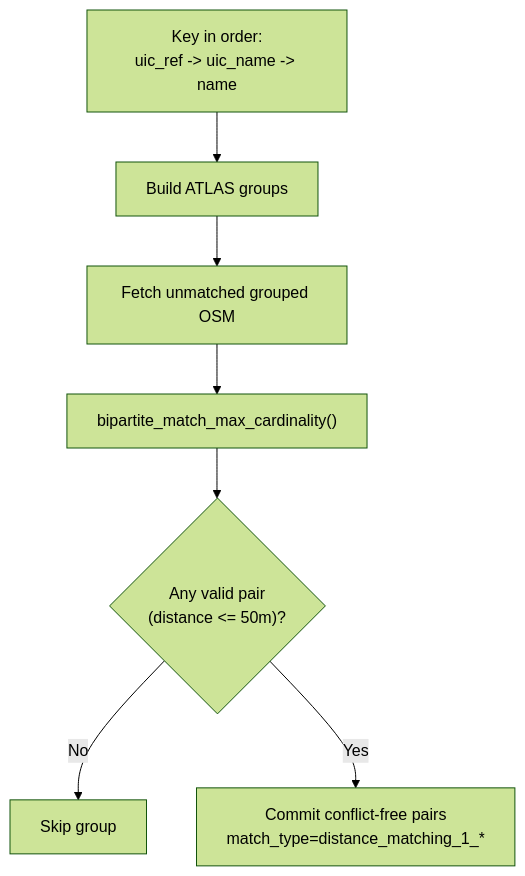
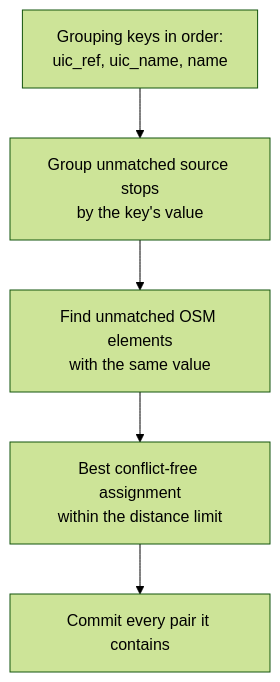
One commit to openTdataCH/osm-public-transport-matcher changed the second of 4 diagrams in documentation/2.4 Distance matching.md. Above: the diagram before and after it, drawn with Mermaid (forest theme). The commit also changed other lines of this file and 31 other files, not shown here.

````diff
--- a/documentation/2.4 Distance matching.md
+++ b/documentation/2.4 Distance matching.md
@@ -77,9 +34,7 @@
 ```mermaid
 flowchart TB
-    K["Key in order:\nuic_ref -> uic_name -> name"] --> A["Build ATLAS groups"]
-    A --> B["Fetch unmatched grouped OSM"]
-    B --> C["bipartite_match_max_cardinality()"]
-    C --> D{"Any valid pair\n(distance <= 50m)?"}
-    D -->|No| X["Skip group"]
-    D -->|Yes| F["Commit conflict-free pairs\nmatch_type=distance_matching_1_*"]
+    K["Grouping keys in order:<br/>uic_ref, uic_name, name"] --> A["Group unmatched source stops<br/>by the key's value"]
+    A --> B["Find unmatched OSM elements<br/>with the same value"]
+    B --> C["Best conflict-free assignment<br/>within the distance limit"]
+    C --> F["Commit every pair it contains"]
 ```
````
